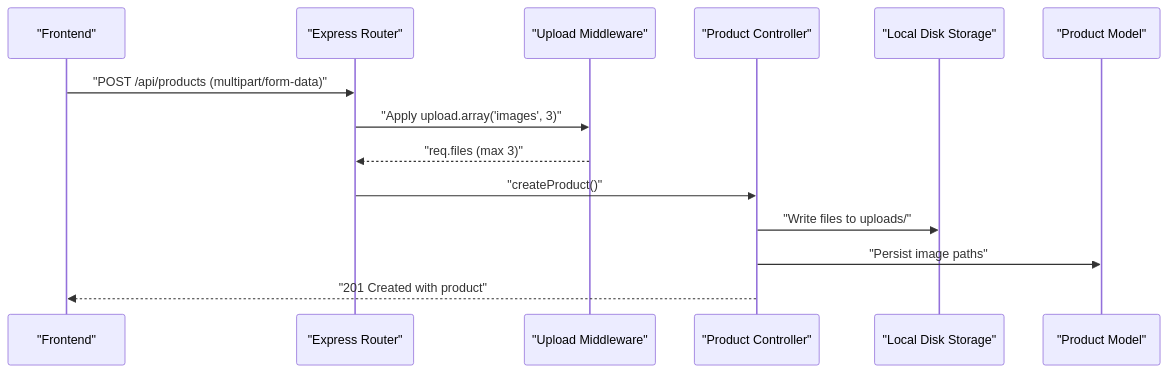
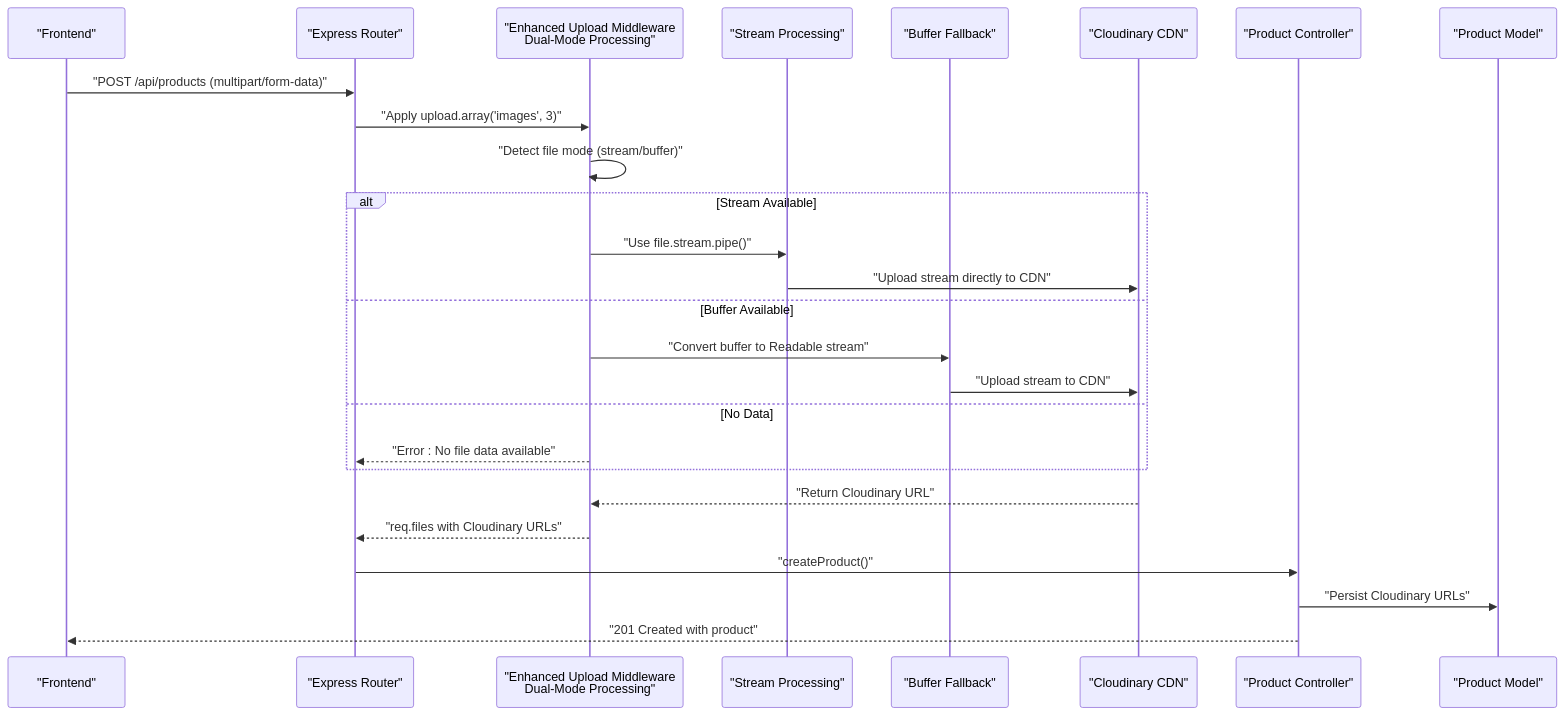
The second of 11 diagrams in .qoder/repowiki/en/content/Image Management.md (Pavan-PSPK9032/TrendsandToss), drawn with Mermaid before and after one commit. The commit also changed other lines of this file and 16 other files, not shown here.

````diff
--- a/.qoder/repowiki/en/content/Image Management.md
+++ b/.qoder/repowiki/en/content/Image Management.md
@@ -93,16 +134,28 @@
 ```mermaid
 sequenceDiagram
 participant Client as "Frontend"
 participant Router as "Express Router"
-participant MW as "Upload Middleware"
+participant MW as "Enhanced Upload Middleware<br/>Dual-Mode Processing"
+participant Stream as "Stream Processing"
+participant Buffer as "Buffer Fallback"
+participant Cloudinary as "Cloudinary CDN"
 participant Ctrl as "Product Controller"
-participant FS as "Local Disk Storage"
 participant Model as "Product Model"
 Client->>Router : "POST /api/products (multipart/form-data)"
 Router->>MW : "Apply upload.array('images', 3)"
-MW-->>Router : "req.files (max 3)"
+MW->>MW : "Detect file mode (stream/buffer)"
+alt Stream Available
+MW->>Stream : "Use file.stream.pipe()"
+Stream->>Cloudinary : "Upload stream directly to CDN"
+else Buffer Available
+MW->>Buffer : "Convert buffer to Readable stream"
+Buffer->>Cloudinary : "Upload stream to CDN"
+else No Data
+MW-->>Router : "Error : No file data available"
+end
+Cloudinary-->>MW : "Return Cloudinary URL"
+MW-->>Router : "req.files with Cloudinary URLs"
 Router->>Ctrl : "createProduct()"
-Ctrl->>FS : "Write files to uploads/"
-Ctrl->>Model : "Persist image paths"
+Ctrl->>Model : "Persist Cloudinary URLs"
 Ctrl-->>Client : "201 Created with product"
 ```
````
